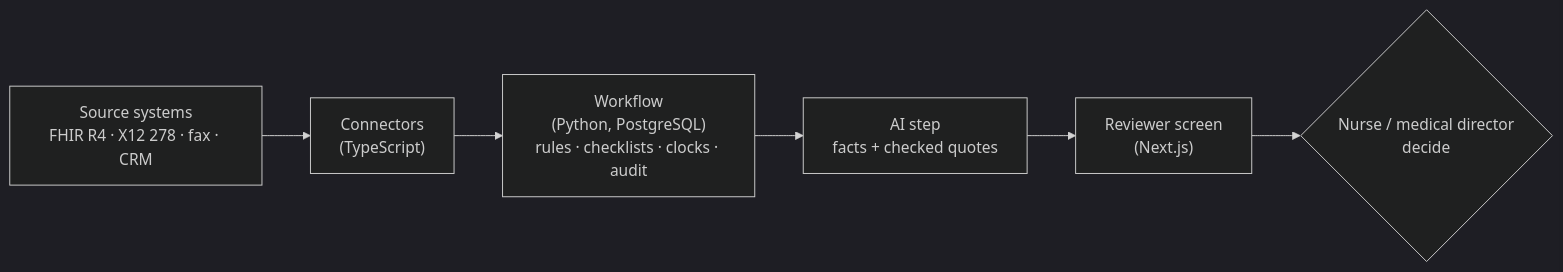
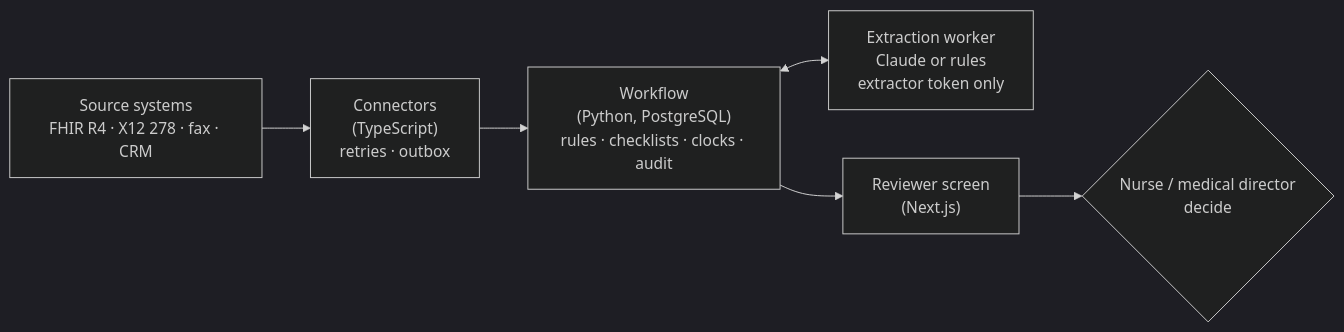
One commit to builtbyshailendra/prior-auth-workbench changed the diagram in README.md. Above: the diagram before and after it, drawn with Mermaid (dark theme). The commit also changed other lines of this file and 9 other files, not shown here.

First line of the commit message:
Step 15: business case, roadmap, UAT, traceability, architecture and demo script

````diff
--- a/README.md
+++ b/README.md
@@ -28,8 +33,8 @@
 ```mermaid
 flowchart LR
-    S["Source systems<br/>FHIR R4 · X12 278 · fax · CRM"] --> C["Connectors<br/>(TypeScript)"]
+    S["Source systems<br/>FHIR R4 · X12 278 · fax · CRM"] --> C["Connectors<br/>(TypeScript)<br/>retries · outbox"]
     C --> W["Workflow<br/>(Python, PostgreSQL)<br/>rules · checklists · clocks · audit"]
-    W --> A["AI step<br/>facts + checked quotes"]
-    A --> R["Reviewer screen<br/>(Next.js)"]
+    W <--> K["Extraction worker<br/>Claude or rules<br/>extractor token only"]
+    W --> R["Reviewer screen<br/>(Next.js)"]
     R --> D{"Nurse / medical director<br/>decide"}
 ```
````
